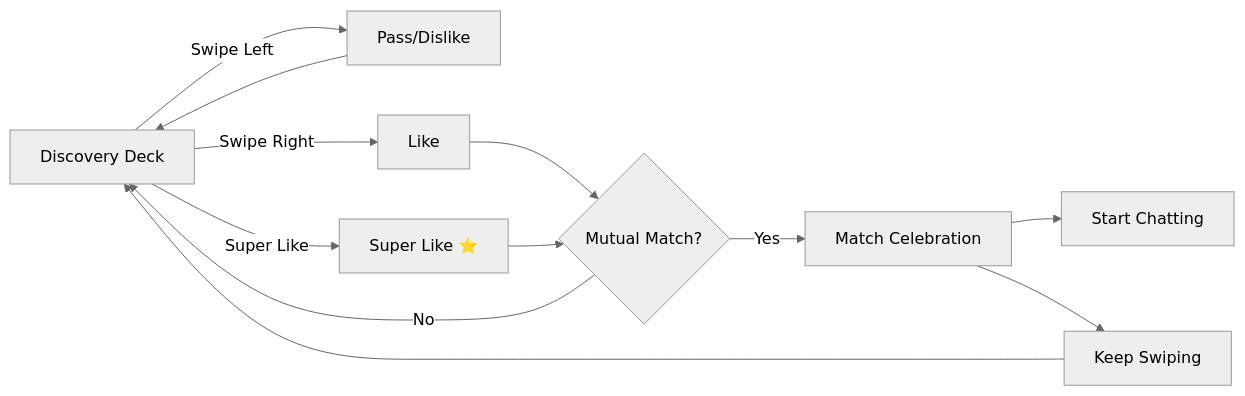
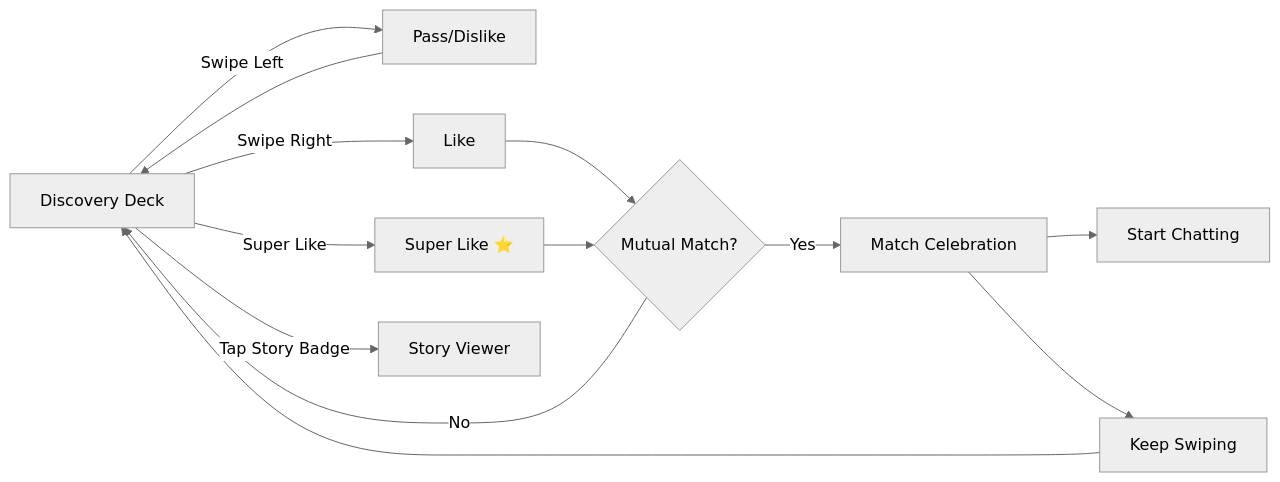
Before and after one commit to Aceadk/my_first_project: the fifth of 10 diagrams in docs/project_flowchart.md, drawn with Mermaid (neutral theme). The commit also changed other lines of this file and 1262 other files, not shown here.

````diff
--- a/docs/project_flowchart.md
+++ b/docs/project_flowchart.md
@@ -131,18 +135,19 @@
 ```mermaid
 flowchart LR
   D[Discovery Deck] -->|Swipe Left| PASS[Pass/Dislike]
   D -->|Swipe Right| LIKE[Like]
   D -->|Super Like| SUPER[Super Like ⭐]
+  D -->|Tap Story Badge| STORY[Story Viewer]
 
   LIKE --> M{Mutual Match?}
   SUPER --> M
 
   M -->|Yes| CELEBRATE[Match Celebration]
   M -->|No| D
 
   CELEBRATE --> CHAT[Start Chatting]
   CELEBRATE --> CONTINUE[Keep Swiping]
 
   PASS --> D
   CONTINUE --> D
 ```
````
